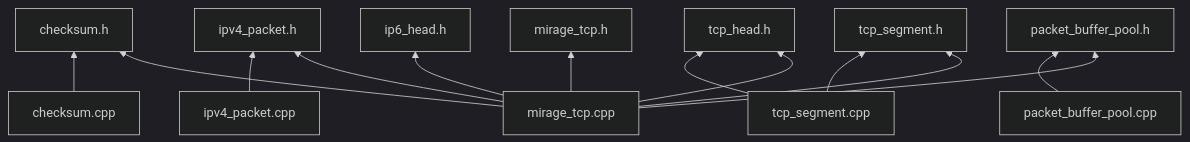
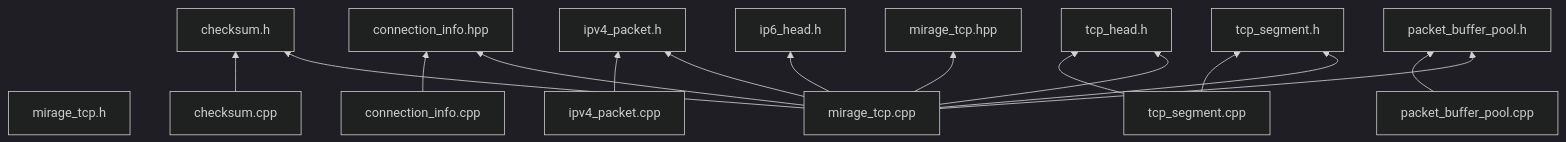
Before and after one commit to yin-hai-bo/mirage-tcp: the second of 4 diagrams in docs/header-include-graph.md, drawn with Mermaid (dark theme). The commit also changed other lines of this file and 17 other files, not shown here.

````diff
--- a/docs/header-include-graph.md
+++ b/docs/header-include-graph.md
@@ -12,30 +29,35 @@
 ```mermaid
 graph BT
     checksum["checksum.h"]
+    connection_info_hpp["connection_info.hpp"]
     ip6_head["ip6_head.h"]
     ipv4_packet["ipv4_packet.h"]
     mirage_tcp["mirage_tcp.h"]
+    mirage_tcp_hpp["mirage_tcp.hpp"]
     tcp_head["tcp_head.h"]
     tcp_segment["tcp_segment.h"]
     packet_buffer_pool_h["packet_buffer_pool.h"]
 
     checksum_cpp["checksum.cpp"]
+    connection_info_cpp["connection_info.cpp"]
     ipv4_packet_cpp["ipv4_packet.cpp"]
     mirage_tcp_cpp["mirage_tcp.cpp"]
     packet_buffer_pool_cpp["packet_buffer_pool.cpp"]
     tcp_segment_cpp["tcp_segment.cpp"]
 
     checksum_cpp --> checksum
+    connection_info_cpp --> connection_info_hpp
     ipv4_packet_cpp --> ipv4_packet
     packet_buffer_pool_cpp --> packet_buffer_pool_h
     tcp_segment_cpp --> tcp_segment
     tcp_segment_cpp --> tcp_head
 
     mirage_tcp_cpp --> checksum
+    mirage_tcp_cpp --> connection_info_hpp
     mirage_tcp_cpp --> ip6_head
-    mirage_tcp_cpp --> mirage_tcp
+    mirage_tcp_cpp --> mirage_tcp_hpp
     mirage_tcp_cpp --> ipv4_packet
     mirage_tcp_cpp --> tcp_head
     mirage_tcp_cpp --> tcp_segment
     mirage_tcp_cpp --> packet_buffer_pool_h
 ```
````
